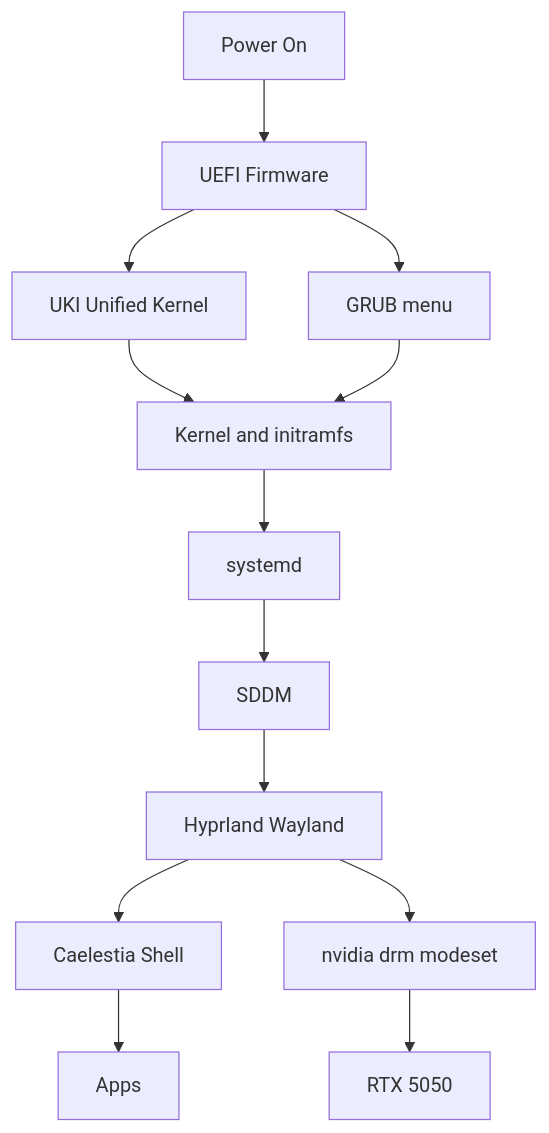
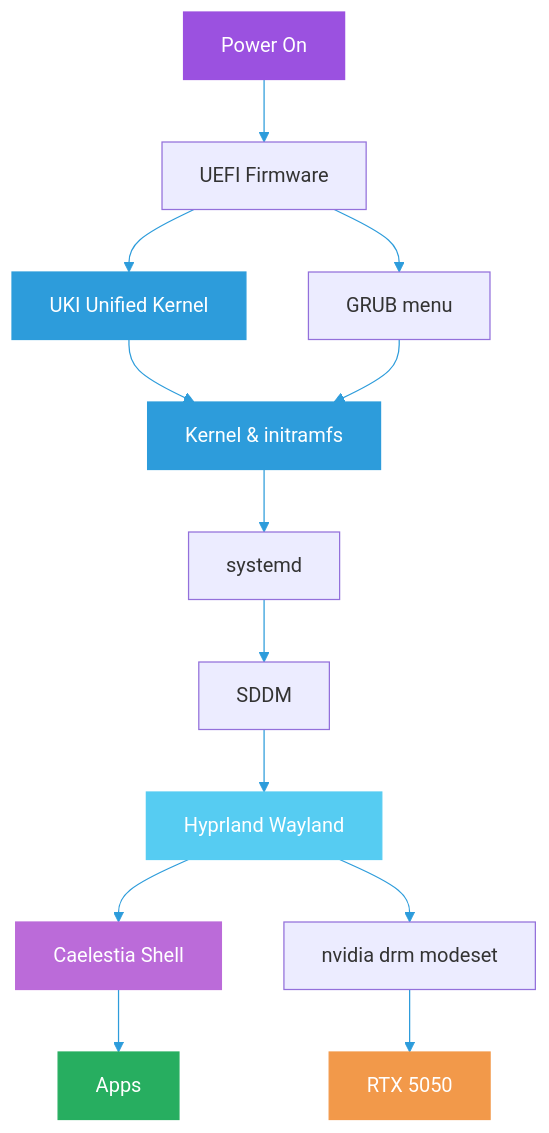
The first of 11 diagrams in Graphs/System-Diagrams.md (444Nazky/My-Vault), drawn with Mermaid before and after one commit. The commit also changed other lines of this file and 15 other files, not shown here.

````diff
--- a/Graphs/System-Diagrams.md
+++ b/Graphs/System-Diagrams.md
@@ -6,15 +6,23 @@
 ```mermaid
+%%{init: {'theme': 'default', 'themeVariables': { 'primaryColor': '#2D9CDB', 'lineColor': '#2D9CDB'}}}%%
 flowchart TD
  P["Power On"] --> UEFI["UEFI Firmware"]
  UEFI --> UKI["UKI Unified Kernel"]
  UEFI --> GRUB["GRUB menu"]
- UKI --> K["Kernel and initramfs"]
+ UKI --> K["Kernel & initramfs"]
  GRUB --> K
  K --> SYSD["systemd"]
  SYSD --> SDDM["SDDM"]
  SDDM --> HYP["Hyprland Wayland"]
  HYP --> CAE["Caelestia Shell"]
  HYP --> DRM["nvidia drm modeset"]
  DRM --> GPU["RTX 5050"]
  CAE --> APP["Apps"]
+ style P fill:#9B51E0,stroke:#9B51E0,color:#fff
+ style UKI fill:#2D9CDB,stroke:#2D9CDB,color:#fff
+ style K fill:#2D9CDB,stroke:#2D9CDB,color:#fff
+ style HYP fill:#56CCF2,stroke:#56CCF2,color:#fff
+ style CAE fill:#BB6BD9,stroke:#BB6BD9,color:#fff
+ style GPU fill:#F2994A,stroke:#F2994A,color:#fff
+ style APP fill:#27AE60,stroke:#27AE60,color:#fff
 ```
````
